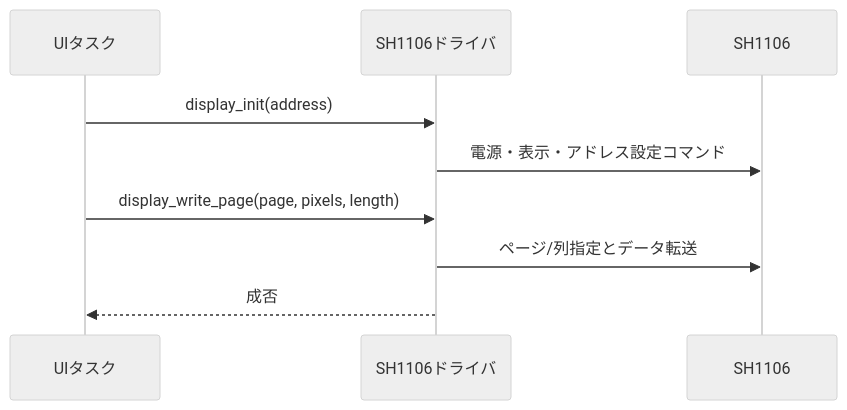
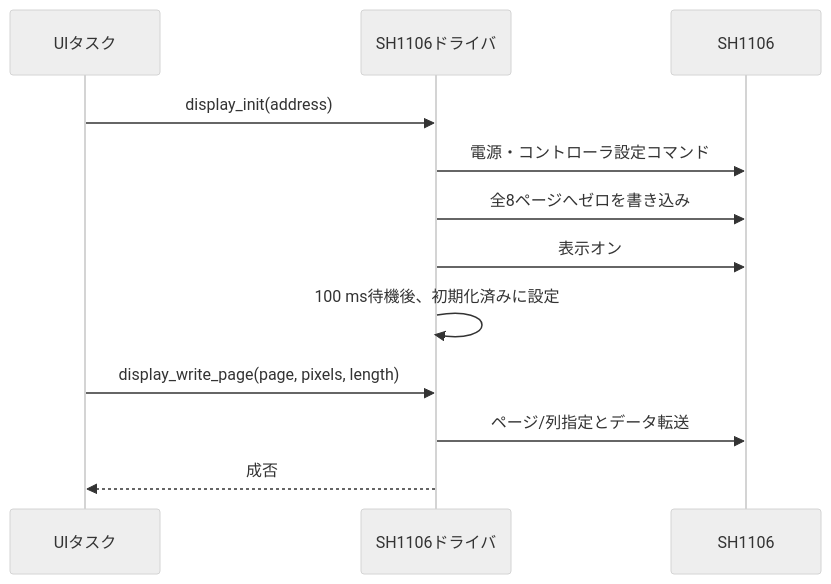
One commit to starkensan/usb_midi_pedal changed the second of 2 diagrams in docs/designs/display-driver.md. Above: the diagram before and after it, drawn with Mermaid (neutral theme). The commit also changed other lines of this file and 1 other file, not shown here.

Commit message:
fix: OLED初期化時の画面消去と待機を追加 refs #19

````diff
--- a/docs/designs/display-driver.md
+++ b/docs/designs/display-driver.md
@@ -42,11 +44,14 @@
 ```mermaid
 sequenceDiagram
     participant UI as UIタスク
     participant Display as SH1106ドライバ
     participant OLED as SH1106
     UI->>Display: display_init(address)
-    Display->>OLED: 電源・表示・アドレス設定コマンド
+    Display->>OLED: 電源・コントローラ設定コマンド
+    Display->>OLED: 全8ページへゼロを書き込み
+    Display->>OLED: 表示オン
+    Display->>Display: 100 ms待機後、初期化済みに設定
     UI->>Display: display_write_page(page, pixels, length)
     Display->>OLED: ページ/列指定とデータ転送
     Display-->>UI: 成否
 ```
````
